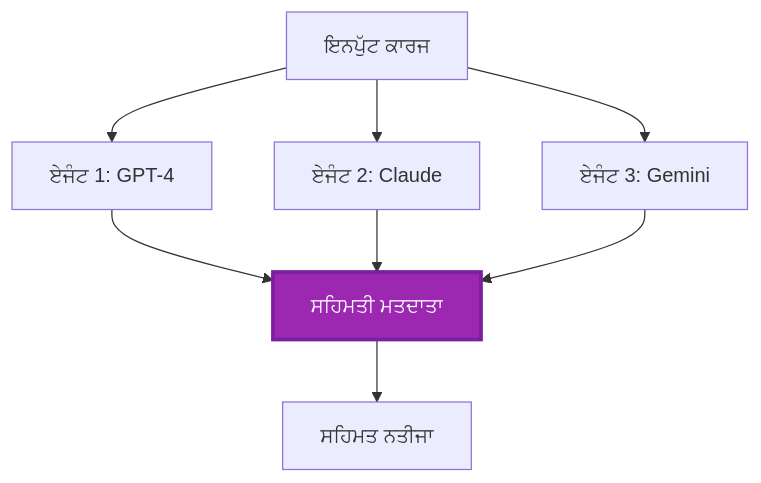
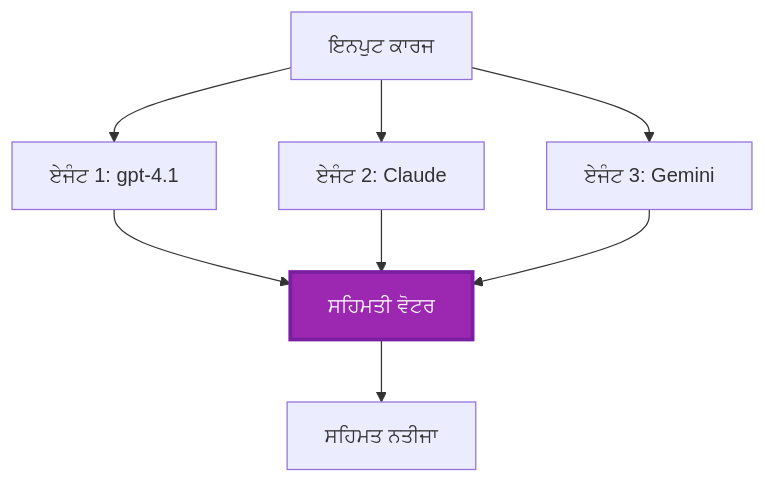
Before and after one commit to microsoft/AZD-for-beginners: the fifth of 6 diagrams in translations/pa/docs/chapter-06-pre-deployment/coordination-patterns.md, drawn with Mermaid. The commit also changed other lines of this file and 101 other files, not shown here.

````diff
--- a/translations/pa/docs/chapter-06-pre-deployment/coordination-patterns.md
+++ b/translations/pa/docs/chapter-06-pre-deployment/coordination-patterns.md
@@ -231,19 +225,19 @@
 ```mermaid
 graph TB
-    Input[ਇਨਪੁੱਟ ਕਾਰਜ]
-    Agent1[ਏਜੰਟ 1: GPT-4]
+    Input[ਇਨਪੁਟ ਕਾਰਜ]
+    Agent1[ਏਜੰਟ 1: gpt-4.1]
     Agent2[ਏਜੰਟ 2: Claude]
     Agent3[ਏਜੰਟ 3: Gemini]
-    Voter[ਸਹਿਮਤੀ ਮਤਦਾਤਾ]
+    Voter[ਸਹਿਮਤੀ ਵੋਟਰ]
     Output[ਸਹਿਮਤ ਨਤੀਜਾ]
     
     Input --> Agent1
     Input --> Agent2
     Input --> Agent3
     Agent1 --> Voter
     Agent2 --> Voter
     Agent3 --> Voter
     Voter --> Output
     
     style Voter fill:#9C27B0,stroke:#7B1FA2,stroke-width:3px,color:#fff
 ```
````
